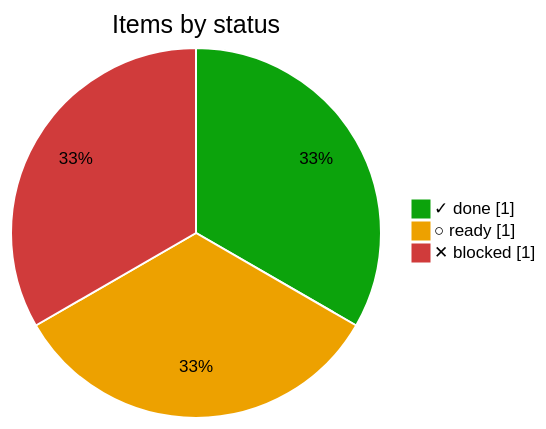
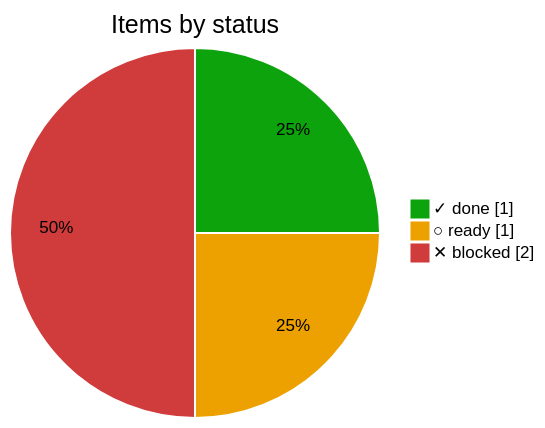
Before and after one commit to bvraghav/pmtrack: the diagram in docs/ci.md, drawn with Mermaid. The commit also changed other lines of this file and 5 other files, not shown here.

````diff
--- a/docs/ci.md
+++ b/docs/ci.md
@@ -19,7 +19,7 @@
 ```mermaid
 %%{init: {"themeVariables": {"pie1": "#0ca30c", "pie2": "#eda100", "pie3": "#d03b3b", "pieOpacity": "1", "pieSectionTextColor": "#000", "pieStrokeColor": "#fff", "pieStrokeWidth": "2px", "pieOuterStrokeWidth": "0px"}}}%%
 pie showData title Items by status
   "✓ done" : 1
   "○ ready" : 1
-  "✕ blocked" : 1
+  "✕ blocked" : 2
 ```
````
